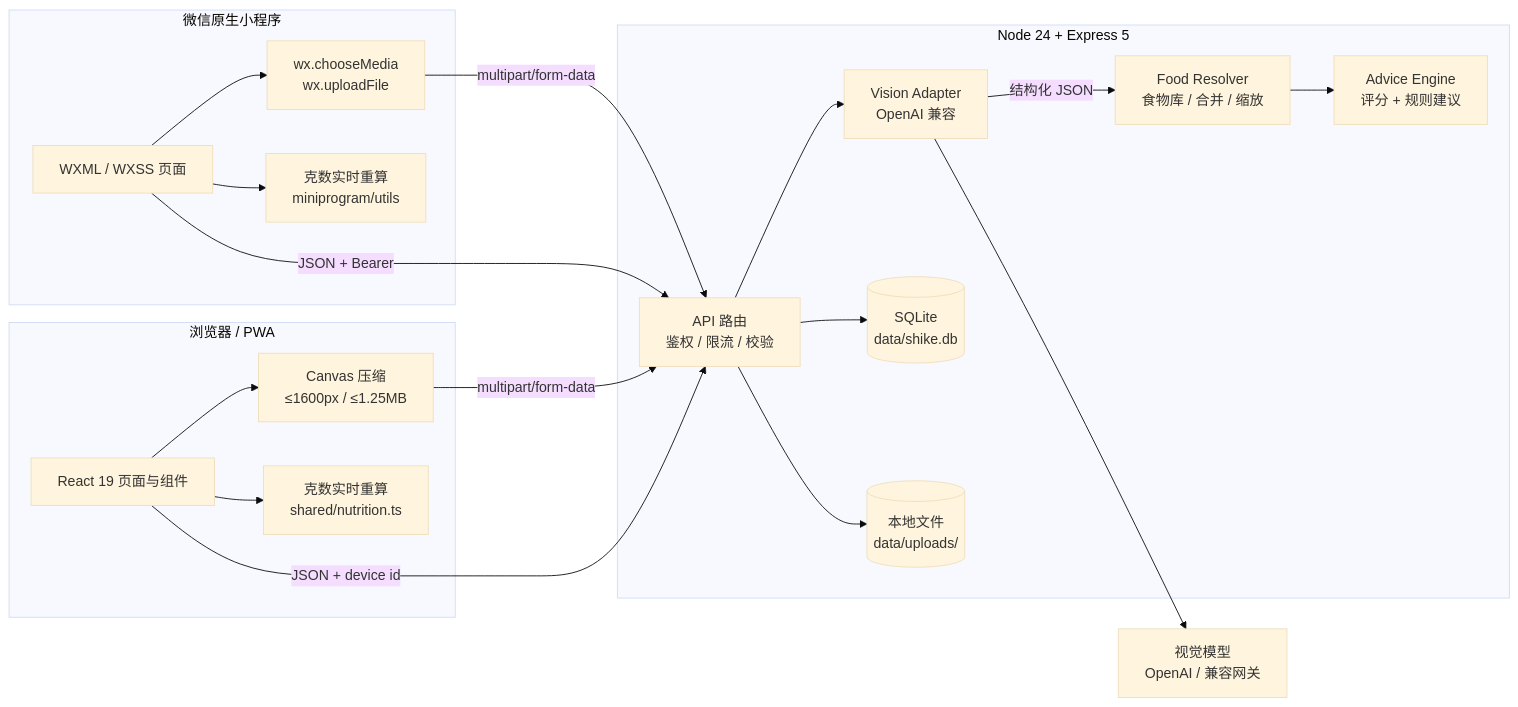
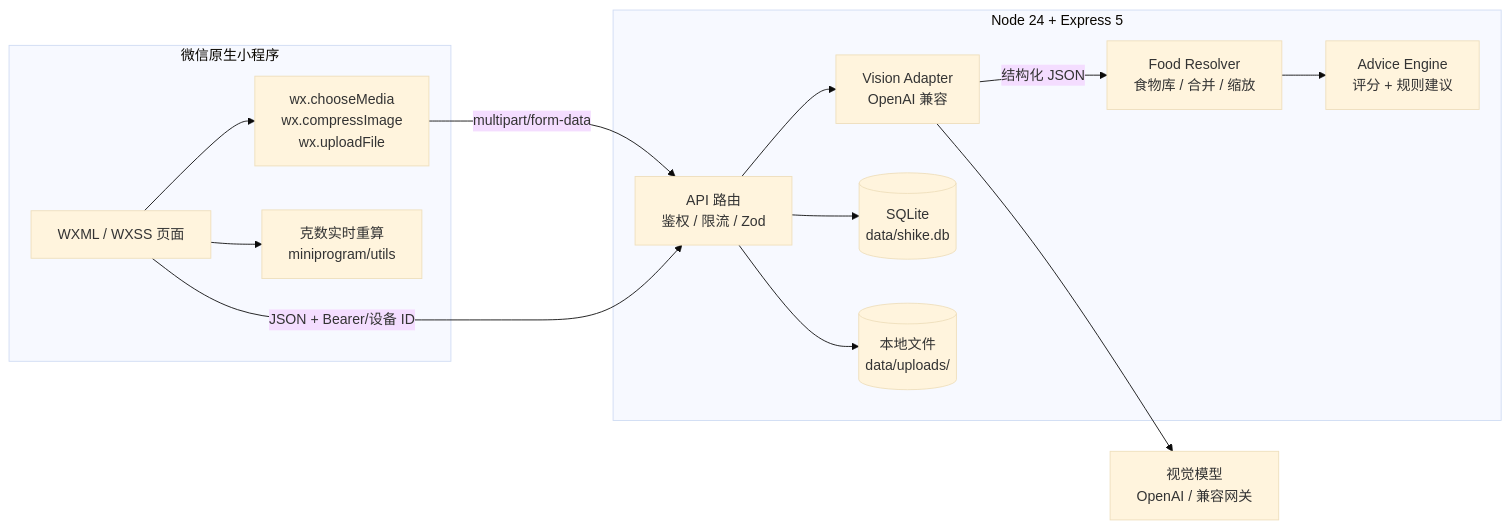
Before and after one commit to 6xuwei-ad/keep-fit: the first of 4 diagrams in docs/ARCHITECTURE.md, drawn with Mermaid (base theme). The commit also changed other lines of this file and 58 other files, not shown here.

````diff
--- a/docs/ARCHITECTURE.md
+++ b/docs/ARCHITECTURE.md
@@ -57,42 +58,31 @@
 ```mermaid
 flowchart LR
   subgraph WeChat["微信原生小程序"]
     WUI["WXML / WXSS 页面"]
-    WIMG["wx.chooseMedia<br/>wx.uploadFile"]
+    WIMG["wx.chooseMedia<br/>wx.compressImage<br/>wx.uploadFile"]
     WCALC["克数实时重算<br/>miniprogram/utils"]
   end
 
-  subgraph Browser["浏览器 / PWA"]
-    UI["React 19 页面与组件"]
-    IMG["Canvas 压缩<br/>≤1600px / ≤1.25MB"]
-    CALC["克数实时重算<br/>shared/nutrition.ts"]
-  end
-
   subgraph Server["Node 24 + Express 5"]
-    API["API 路由<br/>鉴权 / 限流 / 校验"]
+    API["API 路由<br/>鉴权 / 限流 / Zod"]
     VIS["Vision Adapter<br/>OpenAI 兼容"]
     ITEMS["Food Resolver<br/>食物库 / 合并 / 缩放"]
     ADV["Advice Engine<br/>评分 + 规则建议"]
     DB[("SQLite<br/>data/shike.db")]
     FS[("本地文件<br/>data/uploads/")]
   end
 
   MODEL["视觉模型<br/>OpenAI / 兼容网关"]
 
   WUI --> WIMG
   WIMG -->|multipart/form-data| API
-  WUI -->|JSON + Bearer| API
+  WUI -->|JSON + Bearer/设备 ID| API
   WUI --> WCALC
-
-  UI --> IMG
-  IMG -->|multipart/form-data| API
-  UI -->|JSON + device id| API
-  UI --> CALC
 
   API --> FS
   API --> VIS
   VIS --> MODEL
   VIS -->|结构化 JSON| ITEMS
   ITEMS --> ADV
   API --> DB
 ```
````
